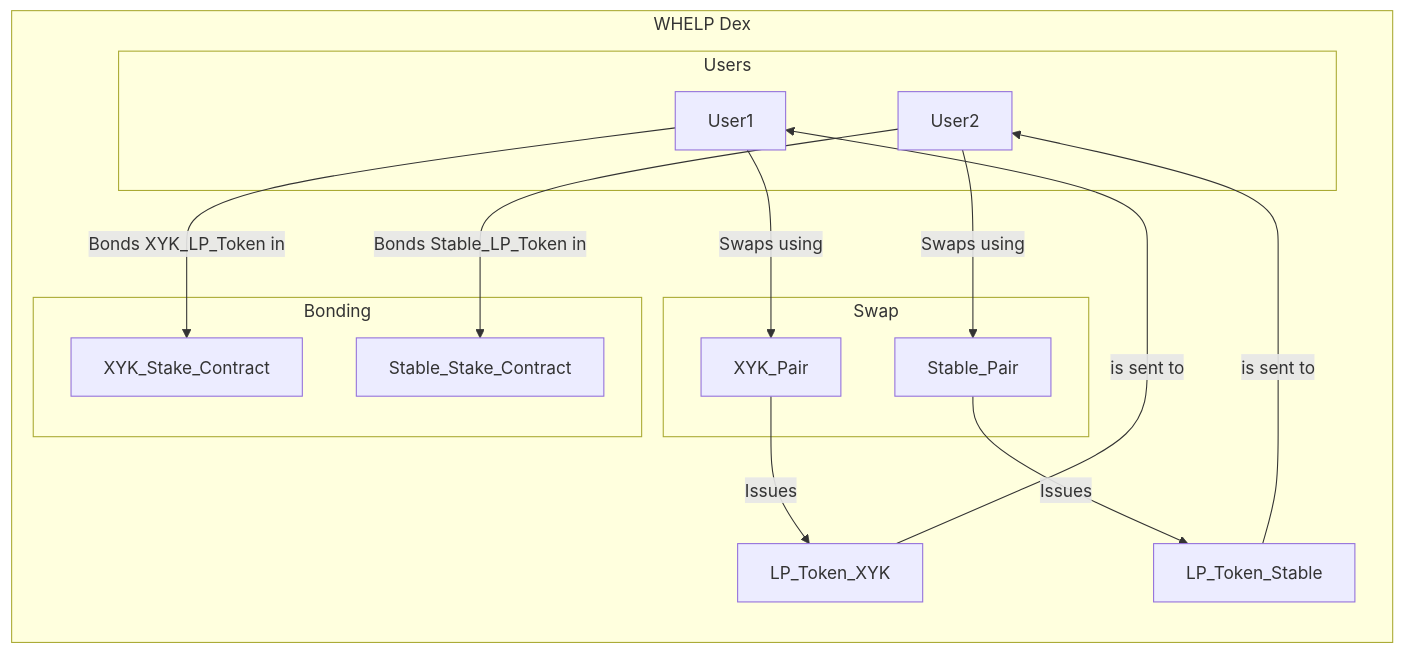
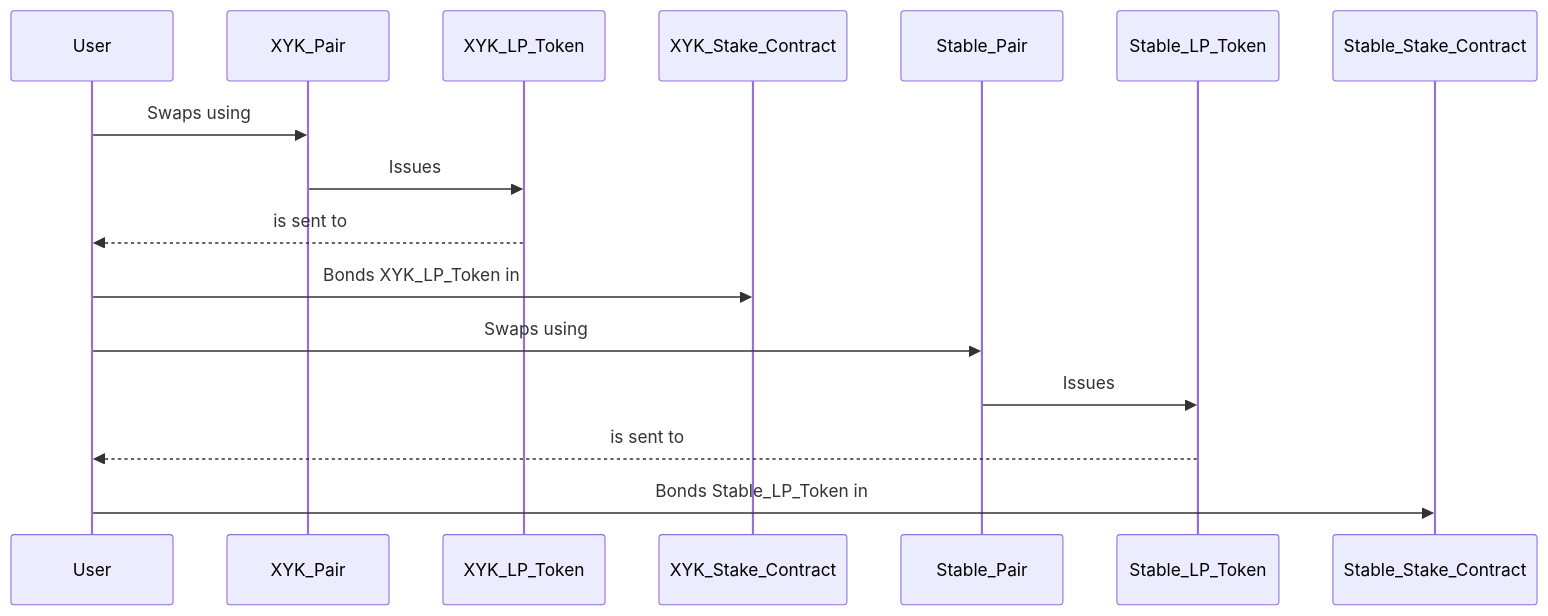
One commit to WHELP-project/whelp-contracts changed the second of 3 diagrams in docs/architecture.md. Above: the diagram before and after it, drawn with Mermaid. The commit also changed other lines of this file, not shown here.

Commit message:
Design: add more date to the documents about scenarios and smart contract's usage

````diff
--- a/docs/architecture.md
+++ b/docs/architecture.md
@@ -28,29 +28,21 @@
 ```mermaid
-graph LR
+sequenceDiagram
+    participant User
+    participant XYK_Pair
+    participant XYK_LP_Token
+    participant XYK_Stake_Contract
 
-subgraph WHELP Dex
-subgraph Users
-    User1
-    User2
-end
+    User ->> XYK_Pair: Swaps using
+    XYK_Pair ->> XYK_LP_Token: Issues
+    XYK_LP_Token -->> User: is sent to
+    User ->> XYK_Stake_Contract: Bonds XYK_LP_Token in
 
-subgraph Swap
-    XYK_Pair
-    Stable_Pair
-end
+    participant Stable_Pair
+    participant Stable_LP_Token
+    participant Stable_Stake_Contract
 
-subgraph Bonding
-    XYK_Stake_Contract
-    Stable_Stake_Contract
-end
-
-User1 -->|Swaps using| XYK_Pair
-User2 -->|Swaps using| Stable_Pair
-XYK_Pair -->|Issues| LP_Token_XYK
-LP_Token_XYK --> |is sent to| User1
-Stable_Pair -->|Issues| LP_Token_Stable
-LP_Token_Stable --> |is sent to| User2
-User1 -->|Bonds XYK_LP_Token in| XYK_Stake_Contract
-User2 -->|Bonds Stable_LP_Token in| Stable_Stake_Contract
-end
+    User ->> Stable_Pair: Swaps using
+    Stable_Pair ->> Stable_LP_Token: Issues
+    Stable_LP_Token -->> User: is sent to
+    User ->> Stable_Stake_Contract: Bonds Stable_LP_Token in
 ```
````
